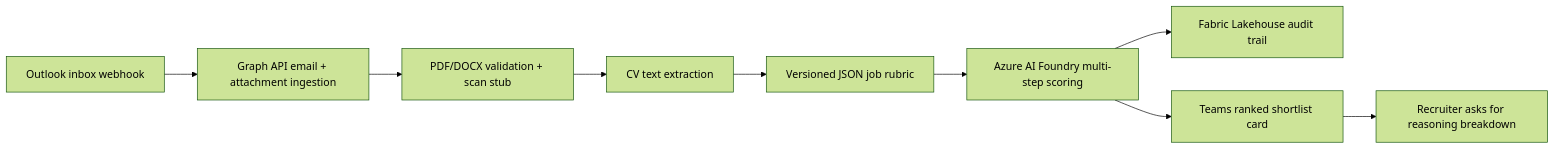
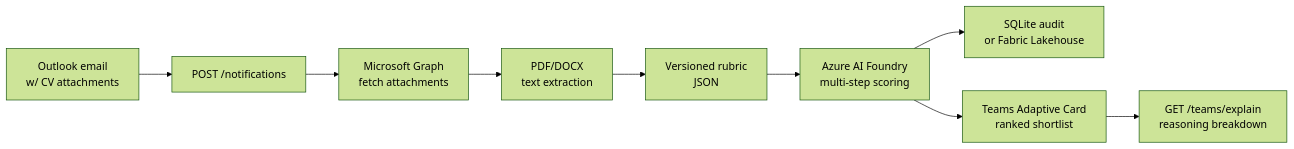
Before and after one commit to remin-franklin-eliyas/hiresignal: the diagram in README.md, drawn with Mermaid (forest theme). The commit also changed other lines of this file and 18 other files, not shown here.

````diff
--- a/README.md
+++ b/README.md
@@ -18,11 +60,21 @@
 ```mermaid
 flowchart LR
-    A["Outlook inbox webhook"] --> B["Graph API email + attachment ingestion"]
-    B --> C["PDF/DOCX validation + scan stub"]
-    C --> D["CV text extraction"]
-    D --> E["Versioned JSON job rubric"]
-    E --> F["Azure AI Foundry multi-step scoring"]
-    F --> G["Fabric Lakehouse audit trail"]
-    F --> H["Teams ranked shortlist card"]
-    H --> I["Recruiter asks for reasoning breakdown"]
+    Outlook["Outlook email<br/>w/ CV attachments"]
+    Webhook["POST /notifications"]
+    Graph["Microsoft Graph<br/>fetch attachments"]
+    Extract["PDF/DOCX<br/>text extraction"]
+    Rubric["Versioned rubric<br/>JSON"]
+    Score["Azure AI Foundry<br/>multi-step scoring"]
+    Audit["SQLite audit<br/>or Fabric Lakehouse"]
+    Teams["Teams Adaptive Card<br/>ranked shortlist"]
+    Explain["GET /teams/explain<br/>reasoning breakdown"]
+    
+    Outlook --> Webhook
+    Webhook --> Graph
+    Graph --> Extract
+    Extract --> Rubric
+    Rubric --> Score
+    Score --> Audit
+    Score --> Teams
+    Teams --> Explain
 ```
````
